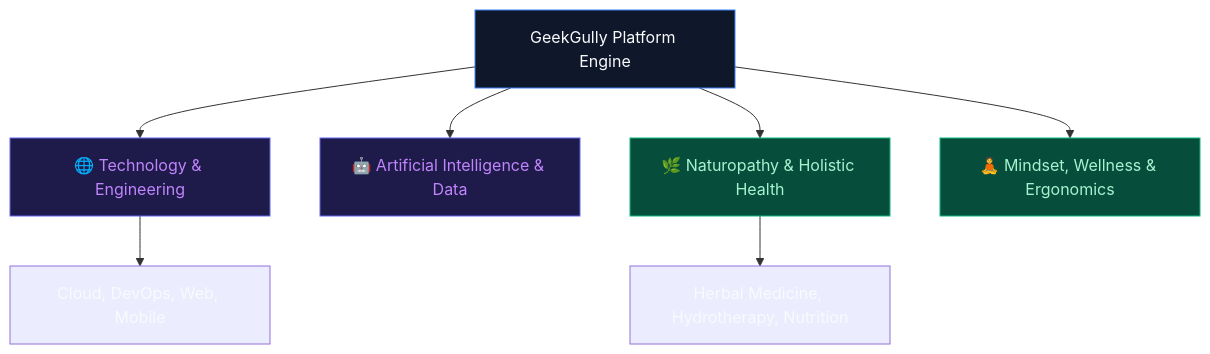
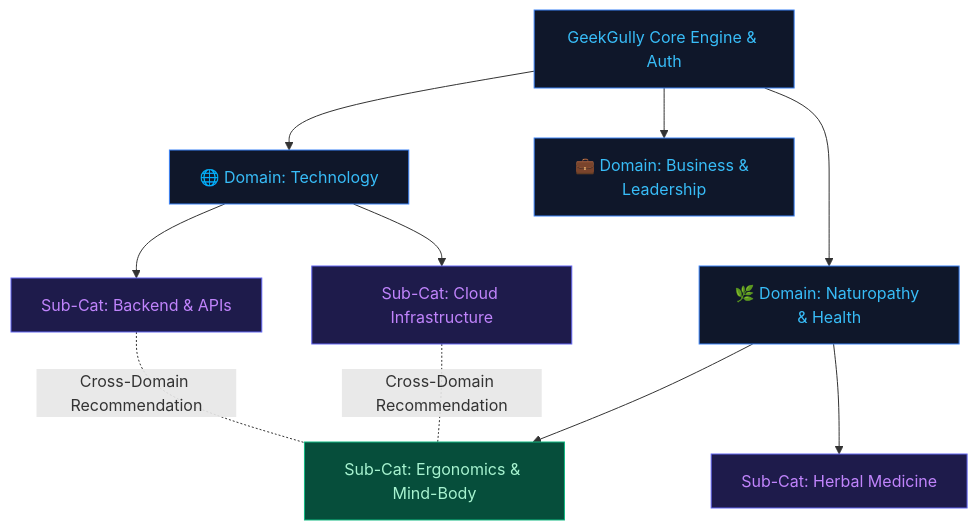
Before and after one commit to vsinvi23/ggcms: the diagram in docs/GEEKGULLY-TAXONOMY-AND-PLATFORM-ARCHITECTURE.md, drawn with Mermaid. The commit also changed other lines of this file, not shown here.

Commit message:
docs: update architecture blueprint with dedicated domain hubs and cross-domain relations

````diff
--- a/docs/GEEKGULLY-TAXONOMY-AND-PLATFORM-ARCHITECTURE.md
+++ b/docs/GEEKGULLY-TAXONOMY-AND-PLATFORM-ARCHITECTURE.md
@@ -27,22 +15,25 @@
 ```mermaid
 graph TD
-    classDef root fill:#0f172a,stroke:#3b82f6,color:#f8fafc;
-    classDef tech fill:#1e1b4b,stroke:#6366f1,color:#c084fc;
-    classDef health fill:#064e3b,stroke:#10b981,color:#a7f3d0;
+    classDef domain fill:#0f172a,stroke:#3b82f6,color:#38bdf8;
+    classDef sub fill:#1e1b4b,stroke:#6366f1,color:#c084fc;
+    classDef rel fill:#064e3b,stroke:#10b981,color:#a7f3d0;
 
-    ROOT["GeekGully Platform Engine"]:::root
+    ENGINE["GeekGully Core Engine & Auth"]:::domain
 
-    TECH["🌐 Technology & Engineering"]:::tech
-    AI["🤖 Artificial Intelligence & Data"]:::tech
+    D1["🌐 Domain: Technology"]:::domain
+    D2["🌿 Domain: Naturopathy & Health"]:::domain
+    D3["💼 Domain: Business & Leadership"]:::domain
 
-    NATUR["🌿 Naturopathy & Holistic Health"]:::health
-    WELL["🧘 Mindset, Wellness & Ergonomics"]:::health
+    ENGINE --> D1
+    ENGINE --> D2
+    ENGINE --> D3
 
-    ROOT --> TECH
-    ROOT --> AI
-    ROOT --> NATUR
-    ROOT --> WELL
+    D1 --> S1["Sub-Cat: Backend & APIs"]:::sub
+    D1 --> S2["Sub-Cat: Cloud Infrastructure"]:::sub
+    
+    D2 --> S3["Sub-Cat: Herbal Medicine"]:::sub
+    D2 --> S4["Sub-Cat: Ergonomics & Mind-Body"]:::sub
 
-    TECH --> TECH_SUB["Cloud, DevOps, Web, Mobile"]
-    NATUR --> NATUR_SUB["Herbal Medicine, Hydrotherapy, Nutrition"]
+    S2 -.-|Cross-Domain Recommendation| S4:::rel
+    S1 -.-|Cross-Domain Recommendation| S4:::rel
 ```
````
